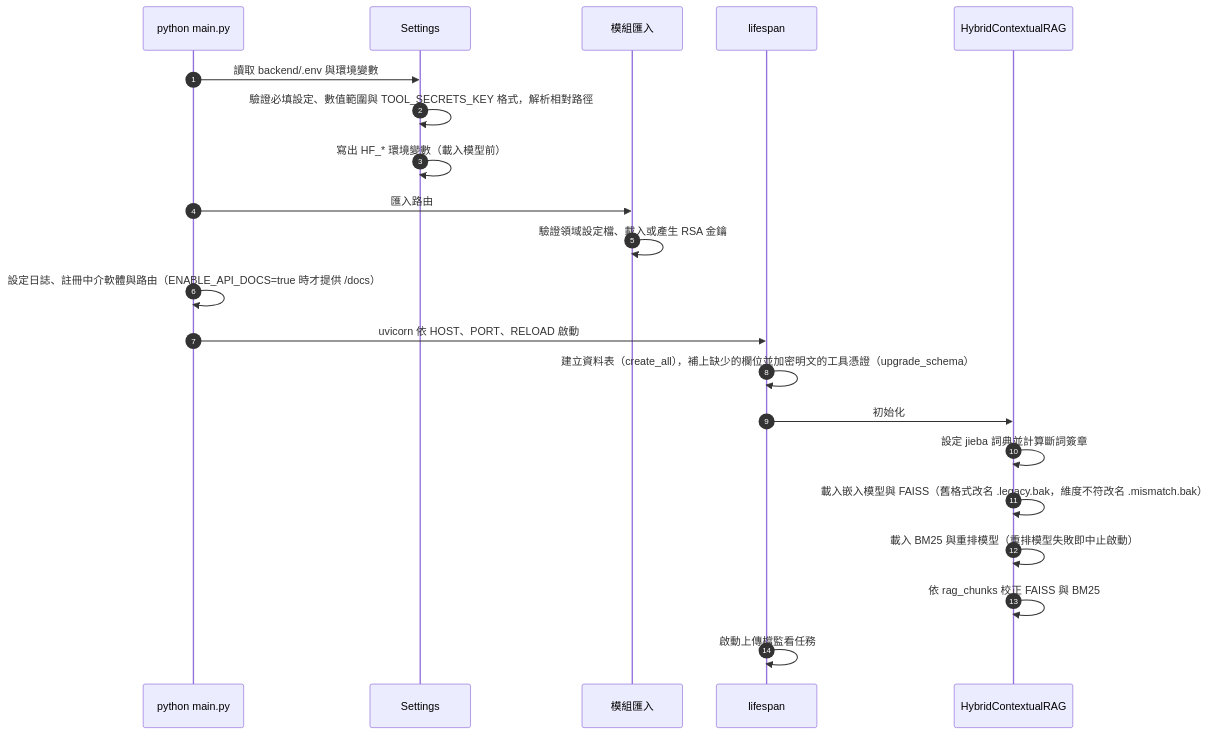
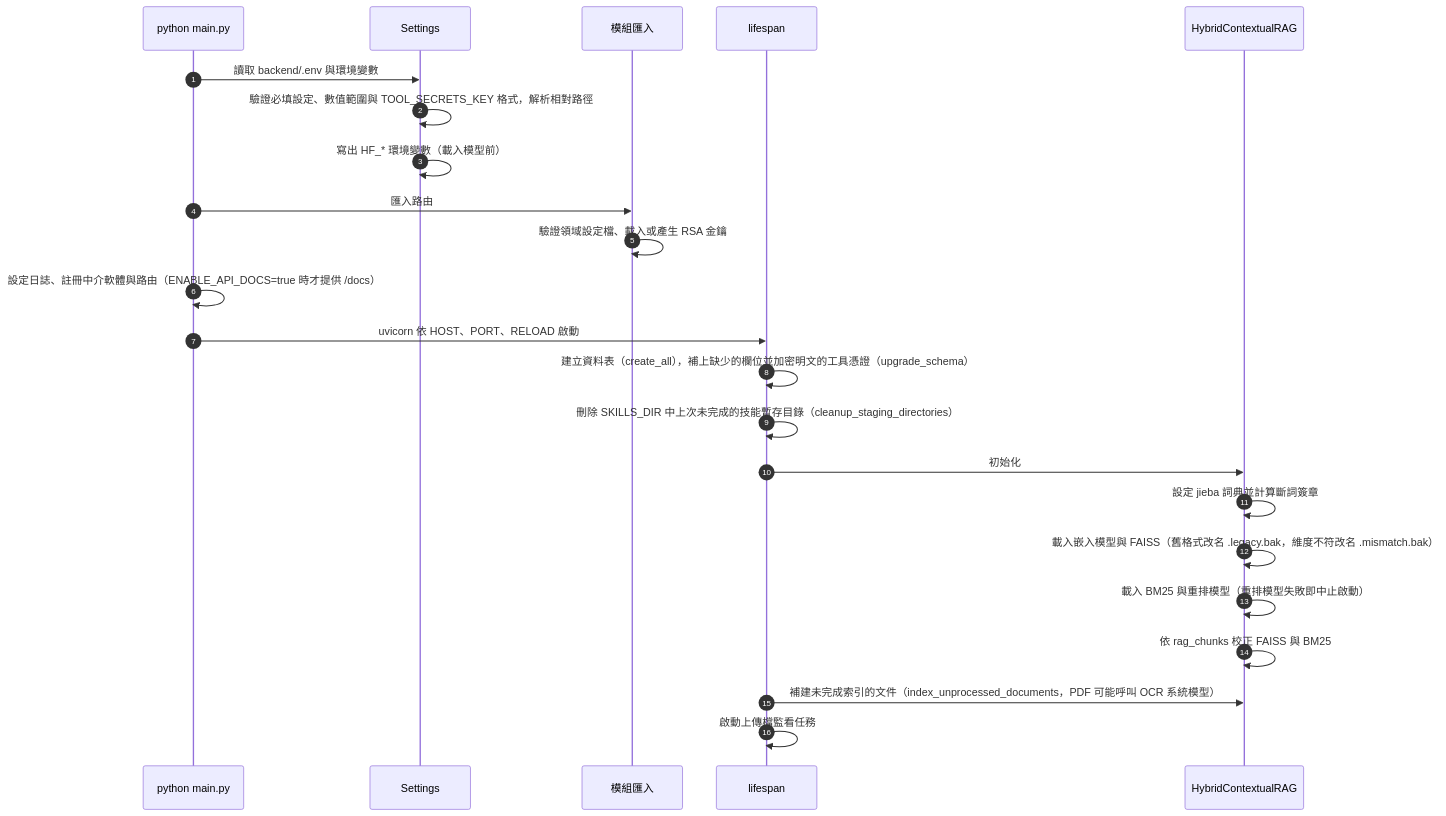
One commit to Scorpio-meow/AskMiao changed the second of 9 diagrams in docs/architecture.md. Above: the diagram before and after it, drawn with Mermaid. The commit also changed other lines of this file and 336 other files, not shown here.

````diff
--- a/docs/architecture.md
+++ b/docs/architecture.md
@@ -103,24 +113,26 @@
 ```mermaid
 sequenceDiagram
     autonumber
     participant Main as python main.py
     participant Cfg as Settings
     participant Imp as 模組匯入
     participant Life as lifespan
     participant RAG as HybridContextualRAG
 
     Main->>Cfg: 讀取 backend/.env 與環境變數
     Cfg->>Cfg: 驗證必填設定、數值範圍與 TOOL_SECRETS_KEY 格式，解析相對路徑
     Cfg->>Cfg: 寫出 HF_* 環境變數（載入模型前）
     Main->>Imp: 匯入路由
     Imp->>Imp: 驗證領域設定檔、載入或產生 RSA 金鑰
     Main->>Main: 設定日誌、註冊中介軟體與路由（ENABLE_API_DOCS=true 時才提供 /docs）
     Main->>Life: uvicorn 依 HOST、PORT、RELOAD 啟動
     Life->>Life: 建立資料表（create_all），補上缺少的欄位並加密明文的工具憑證（upgrade_schema）
+    Life->>Life: 刪除 SKILLS_DIR 中上次未完成的技能暫存目錄（cleanup_staging_directories）
     Life->>RAG: 初始化
     RAG->>RAG: 設定 jieba 詞典並計算斷詞簽章
     RAG->>RAG: 載入嵌入模型與 FAISS（舊格式改名 .legacy.bak，維度不符改名 .mismatch.bak）
     RAG->>RAG: 載入 BM25 與重排模型（重排模型失敗即中止啟動）
     RAG->>RAG: 依 rag_chunks 校正 FAISS 與 BM25
+    Life->>RAG: 補建未完成索引的文件（index_unprocessed_documents，PDF 可能呼叫 OCR 系統模型）
     Life->>Life: 啟動上傳檔監看任務
 ```
````
